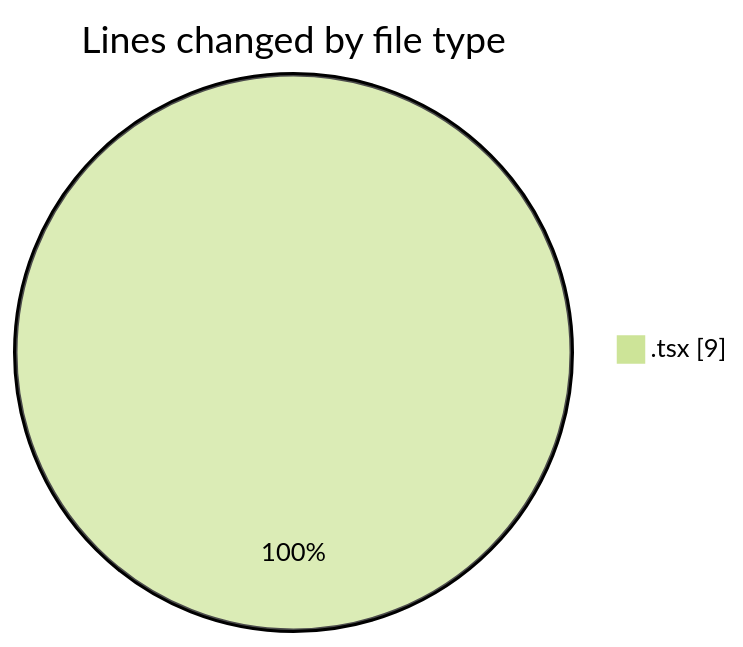
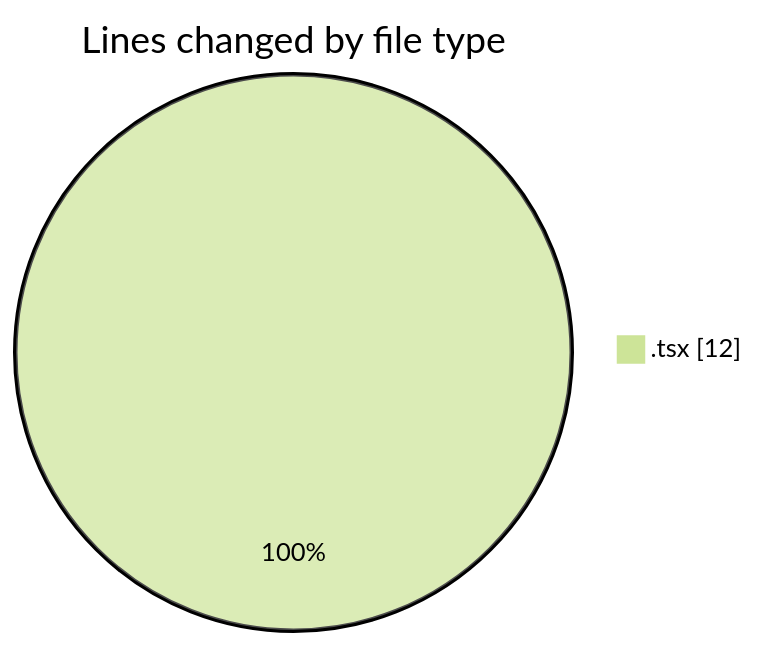
Before and after one commit to momahboobian/code-tracking: the first of 2 diagrams in 2025-12-05/cda/README.md, drawn with Mermaid (forest theme). The commit also changed other lines of this file and 1 other file, not shown here.

````diff
--- a/2025-12-05/cda/README.md
+++ b/2025-12-05/cda/README.md
@@ -20,5 +20,5 @@
 ```mermaid
 pie showData
 title Lines changed by file type
-".tsx" : 9
+".tsx" : 12
 ```
````
